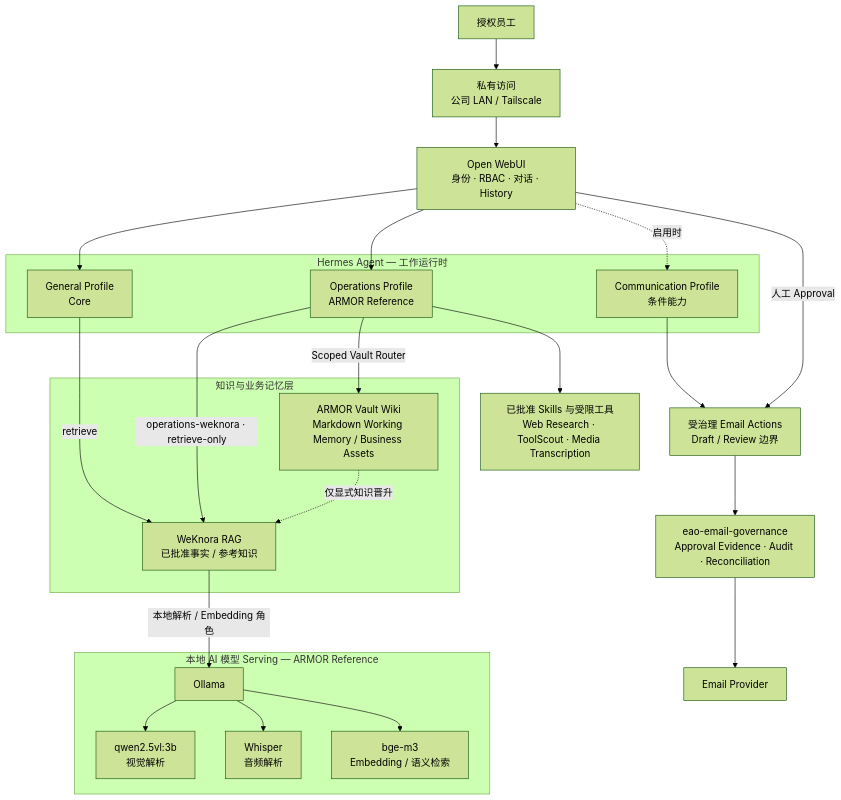
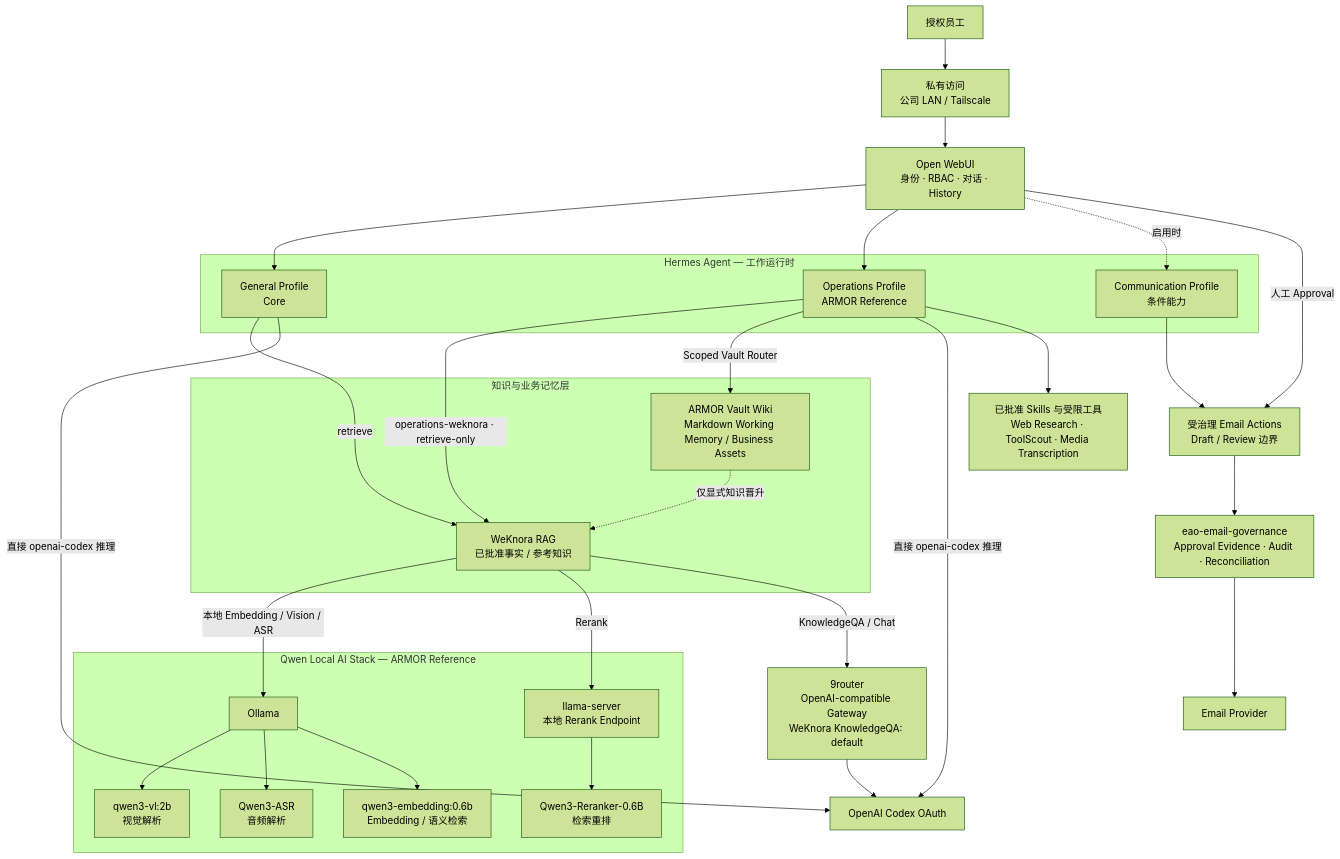
Before and after one commit to licat233/Enterprise-AI-Office: the diagram in README.zh-CN.md, drawn with Mermaid (forest theme). The commit also changed other lines of this file and 7 other files, not shown here.

Commit message:
docs: sync Qwen local model baseline and current runtime status

````diff
--- a/README.zh-CN.md
+++ b/README.zh-CN.md
@@ -131,47 +132,58 @@
 ```mermaid
 flowchart TB
   Employee["授权员工"]
   Access["私有访问<br/>公司 LAN / Tailscale"]
   WebUI["Open WebUI<br/>身份 · RBAC · 对话 · History"]
 
   Employee --> Access --> WebUI
 
   subgraph Hermes["Hermes Agent — 工作运行时"]
     General["General Profile<br/>Core"]
     Operations["Operations Profile<br/>ARMOR Reference"]
     Communication["Communication Profile<br/>条件能力"]
   end
 
   WebUI --> General
   WebUI --> Operations
   WebUI -. 启用时 .-> Communication
 
   subgraph Knowledge["知识与业务记忆层"]
     WeKnora["WeKnora RAG<br/>已批准事实 / 参考知识"]
     Vault["ARMOR Vault Wiki<br/>Markdown Working Memory / Business Assets"]
   end
 
   General -->|retrieve| WeKnora
   Operations -->|operations-weknora · retrieve-only| WeKnora
   Operations -->|Scoped Vault Router| Vault
   Vault -. 仅显式知识晋升 .-> WeKnora
 
-  subgraph LocalAI["本地 AI 模型 Serving — ARMOR Reference"]
+  subgraph LocalAI["Qwen Local AI Stack — ARMOR Reference"]
     Ollama["Ollama"]
-    VLM["qwen2.5vl:3b<br/>视觉解析"]
-    ASR["Whisper<br/>音频解析"]
-    Embed["bge-m3<br/>Embedding / 语义检索"]
+    RerankServe["llama-server<br/>本地 Rerank Endpoint"]
+    VLM["qwen3-vl:2b<br/>视觉解析"]
+    ASR["Qwen3-ASR<br/>音频解析"]
+    Embed["qwen3-embedding:0.6b<br/>Embedding / 语义检索"]
+    Rerank["Qwen3-Reranker-0.6B<br/>检索重排"]
     Ollama --> VLM
     Ollama --> ASR
     Ollama --> Embed
+    RerankServe --> Rerank
   end
 
-  WeKnora -->|本地解析 / Embedding 角色| Ollama
+  NineRouter["9router<br/>OpenAI-compatible Gateway<br/>WeKnora KnowledgeQA: default"]
+  Codex["OpenAI Codex OAuth"]
+
+  General -->|直接 openai-codex 推理| Codex
+  Operations -->|直接 openai-codex 推理| Codex
+  WeKnora -->|本地 Embedding / Vision / ASR| Ollama
+  WeKnora -->|Rerank| RerankServe
+  WeKnora -->|KnowledgeQA / Chat| NineRouter
+  NineRouter --> Codex
 
   Operations --> Tools["已批准 Skills 与受限工具<br/>Web Research · ToolScout · Media Transcription"]
 
   Communication --> EmailActions["受治理 Email Actions<br/>Draft / Review 边界"]
   WebUI -->|人工 Approval| EmailActions
   EmailActions --> Governance["eao-email-governance<br/>Approval Evidence · Audit · Reconciliation"]
   Governance --> Provider["Email Provider"]
 ```
````
